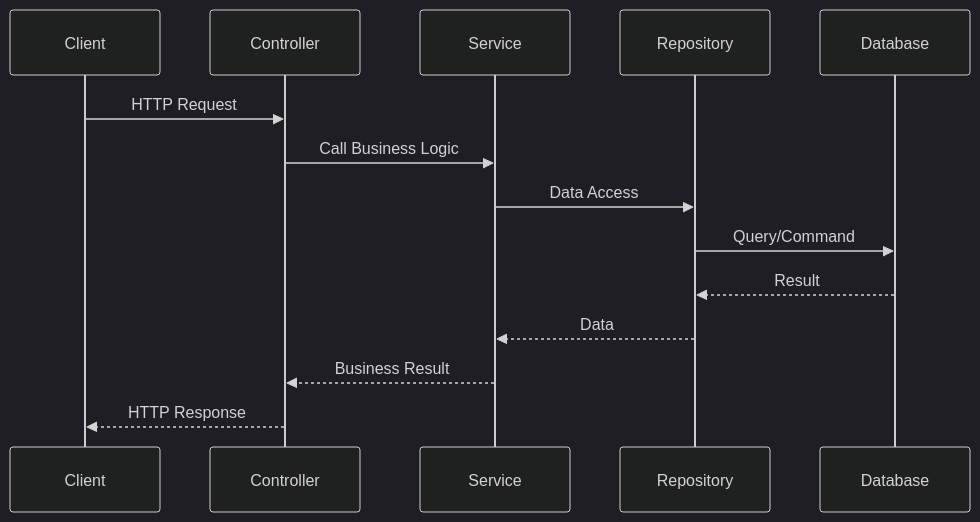
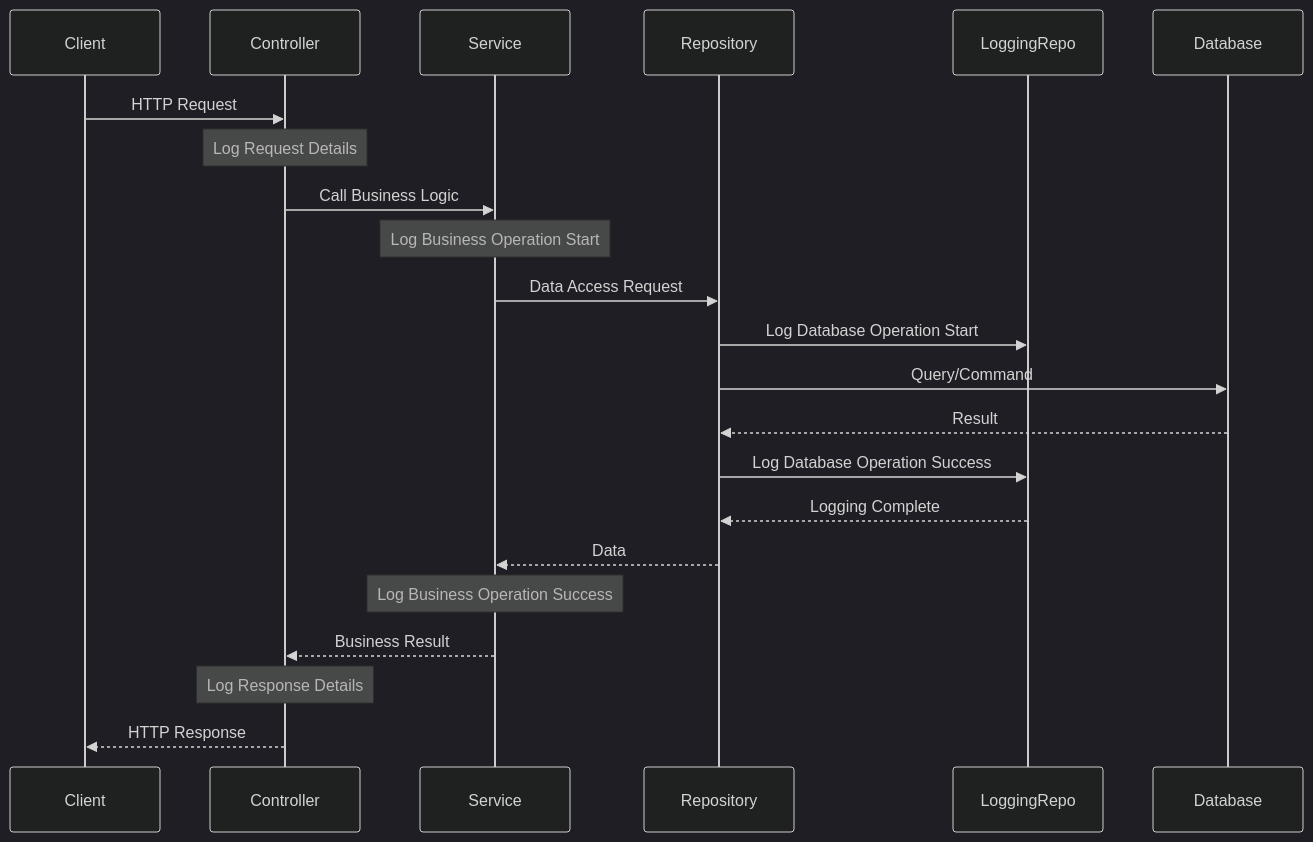
The seventh of 7 diagrams in README.md (MuhamedElockly/OnionArchDemo), drawn with Mermaid (dark theme) before and after one commit. The commit also changed other lines of this file and 23 other files, not shown here.

Commit message:
add logging meddllware and logging service

````diff
--- a/README.md
+++ b/README.md
@@ -363,17 +673,32 @@
 ```mermaid
 sequenceDiagram
     participant Client
     participant Controller
     participant Service
     participant Repository
+    participant LoggingRepo
     participant Database
     
     Client->>Controller: HTTP Request
+    Note over Controller: Log Request Details
+    
     Controller->>Service: Call Business Logic
-    Service->>Repository: Data Access
+    Note over Service: Log Business Operation Start
+    
+    Service->>Repository: Data Access Request
+    Repository->>LoggingRepo: Log Database Operation Start
+    
     Repository->>Database: Query/Command
     Database-->>Repository: Result
+    
+    Repository->>LoggingRepo: Log Database Operation Success
+    LoggingRepo-->>Repository: Logging Complete
+    
     Repository-->>Service: Data
+    Note over Service: Log Business Operation Success
+    
     Service-->>Controller: Business Result
+    Note over Controller: Log Response Details
+    
     Controller-->>Client: HTTP Response
 ```
````
